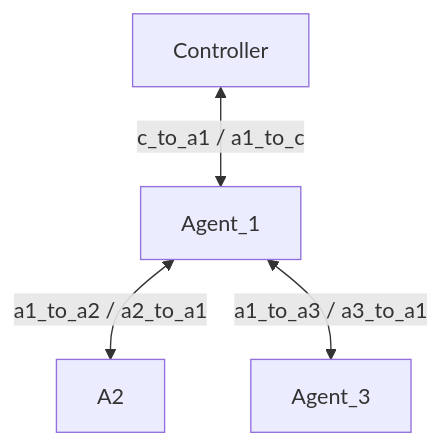
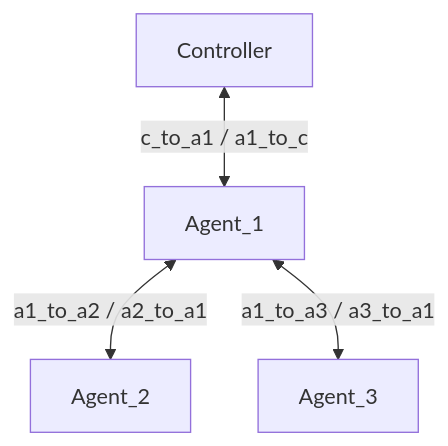
One commit to cpeter6456/EasyMesh-Topology-Simulation-and-Packet-Parser-Based-on-Linux-Network-Namespaces changed the diagram in README.md. Above: the diagram before and after it, drawn with Mermaid.

Commit message:
Fix mermaid diagram to include Agent_2

````diff
--- a/README.md
+++ b/README.md
@@ -27,6 +27,6 @@
 ```mermaid
 graph TD
     C[Controller] <-->|c_to_a1 / a1_to_c| A1[Agent_1]
-    A1 <-->|a1_to_a2 / a2_to_a1| A2
+    A1 <-->|a1_to_a2 / a2_to_a1| A2[Agent_2]
     A1 <-->|a1_to_a3 / a3_to_a1| A3[Agent_3]
 ```
````
